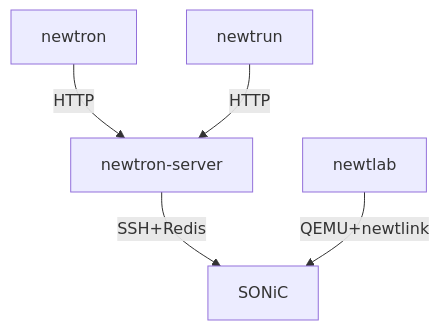
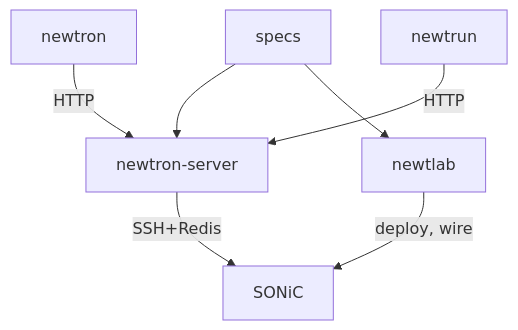
Before and after one commit to aldrin-isaac/newtron: the diagram in docs/diagrams/system-overview.mmd, drawn with Mermaid. The commit also changed 1 other file, not shown here.

Commit message:
Diagram: add shared specs, unify deploy+wire label, fix topology
Specs feed both newtron-server and newtlab — they share the same
topology/network/platform/profile files. The newtlab→SONiC edge
now reads "deploy, wire" instead of "QEMU+newtlink".

```diff
--- a/docs/diagrams/system-overview.mmd
+++ b/docs/diagrams/system-overview.mmd
@@ -1,5 +1,7 @@
 graph TD
+    specs --> newtron-server
+    specs --> newtlab
     newtron -->|HTTP| newtron-server
     newtrun -->|HTTP| newtron-server
     newtron-server -->|SSH+Redis| SONiC
-    newtlab -->|QEMU+newtlink| SONiC
+    newtlab -->|deploy, wire| SONiC
```
